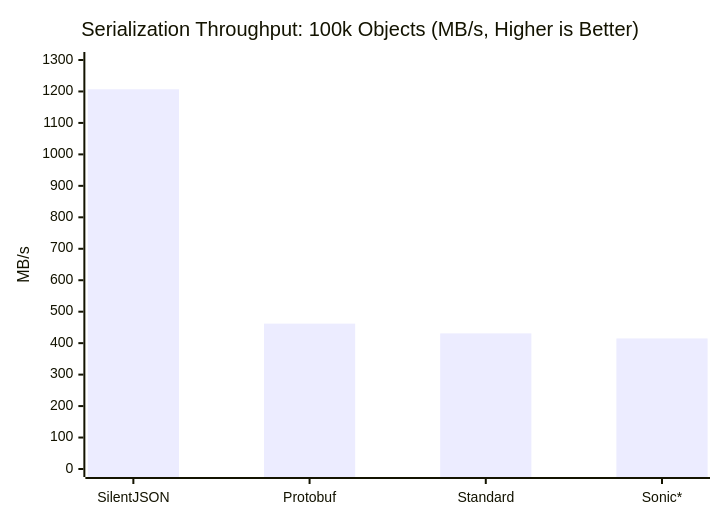
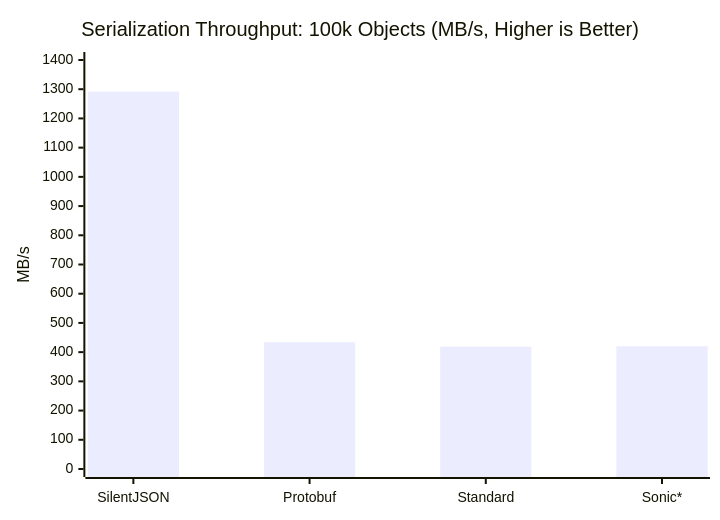
One commit to GenshIv/silentjson changed the fourth of 5 diagrams in README.md. Above: the diagram before and after it, drawn with Mermaid. The commit also changed other lines of this file, not shown here.

````diff
--- a/README.md
+++ b/README.md
@@ -214,7 +214,7 @@
 ```mermaid
 xychart-beta
     title "Serialization Throughput: 100k Objects (MB/s, Higher is Better)"
     x-axis ["SilentJSON", "Protobuf", "Standard", "Sonic*"]
-    y-axis "MB/s" 0 --> 1300
-    bar [1207, 462, 431, 415]
+    y-axis "MB/s" 0 --> 1400
+    bar [1292, 434, 419, 420]
 ```
````
